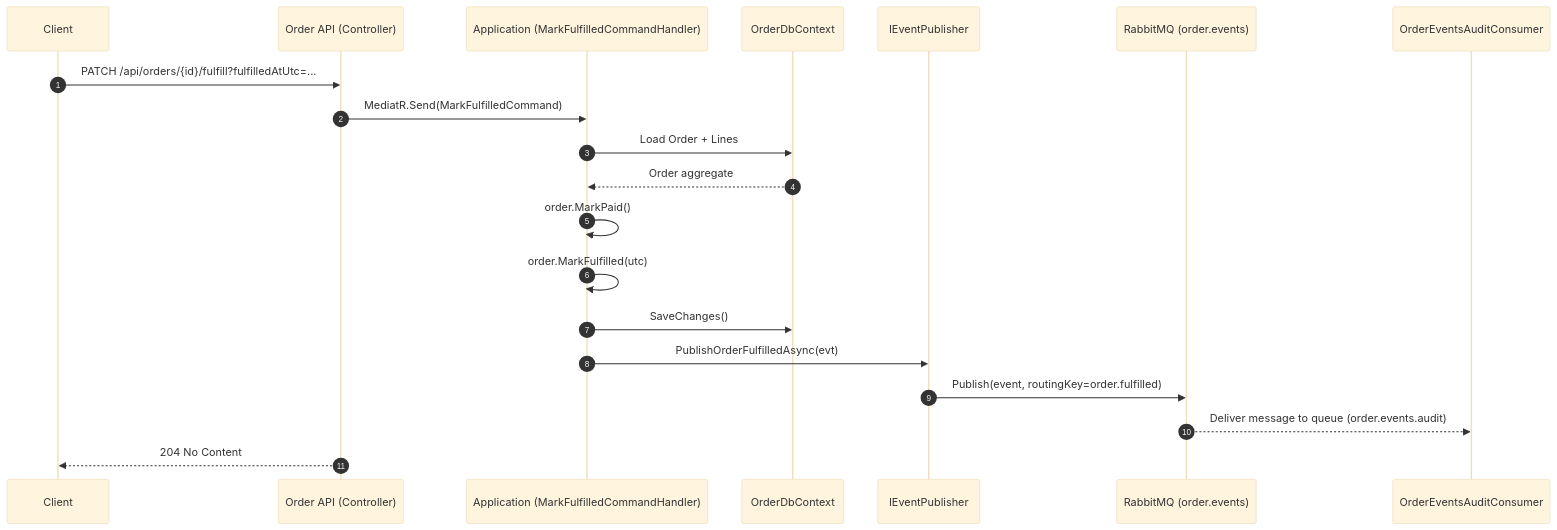
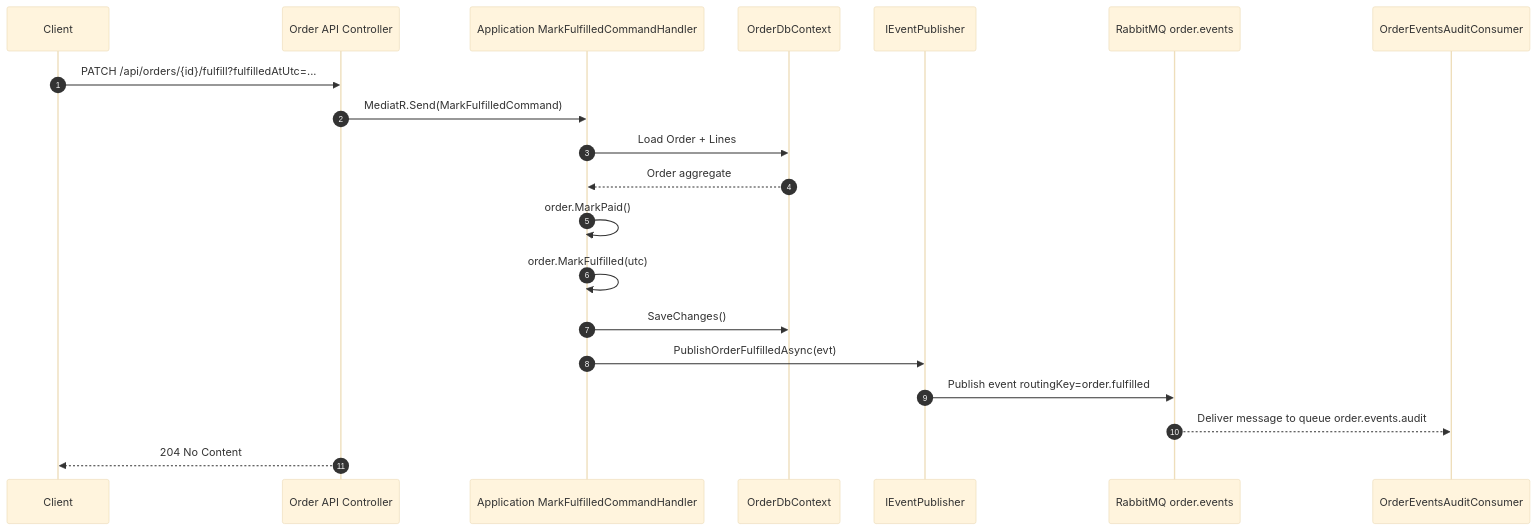
One commit to yasingundogdu/SmartShop changed the fourth of 4 diagrams in docs/architecture.md. Above: the diagram before and after it, drawn with Mermaid (base theme). The commit also changed other lines of this file, not shown here.

Commit message:
architecture.md fixed :hammer:

````diff
--- a/docs/architecture.md
+++ b/docs/architecture.md
@@ -210,23 +205,23 @@
-``` mermaid
+```mermaid
 sequenceDiagram
     autonumber
     participant C as Client
-    participant OAPI as Order API (Controller)
-    participant APP as Application (MarkFulfilledCommandHandler)
+    participant OAPI as Order API Controller
+    participant APP as Application MarkFulfilledCommandHandler
     participant ODB as OrderDbContext
     participant PUB as IEventPublisher
-    participant MQ as RabbitMQ (order.events)
+    participant MQ as RabbitMQ order.events
     participant CON as OrderEventsAuditConsumer
 
     C->>OAPI: PATCH /api/orders/{id}/fulfill?fulfilledAtUtc=...
     OAPI->>APP: MediatR.Send(MarkFulfilledCommand)
     APP->>ODB: Load Order + Lines
     ODB-->>APP: Order aggregate
     APP->>APP: order.MarkPaid()
     APP->>APP: order.MarkFulfilled(utc)
     APP->>ODB: SaveChanges()
     APP->>PUB: PublishOrderFulfilledAsync(evt)
-    PUB->>MQ: Publish(event, routingKey=order.fulfilled)
-    MQ-->>CON: Deliver message to queue (order.events.audit)
+    PUB->>MQ: Publish event routingKey=order.fulfilled
+    MQ-->>CON: Deliver message to queue order.events.audit
     OAPI-->>C: 204 No Content
 ```
````
